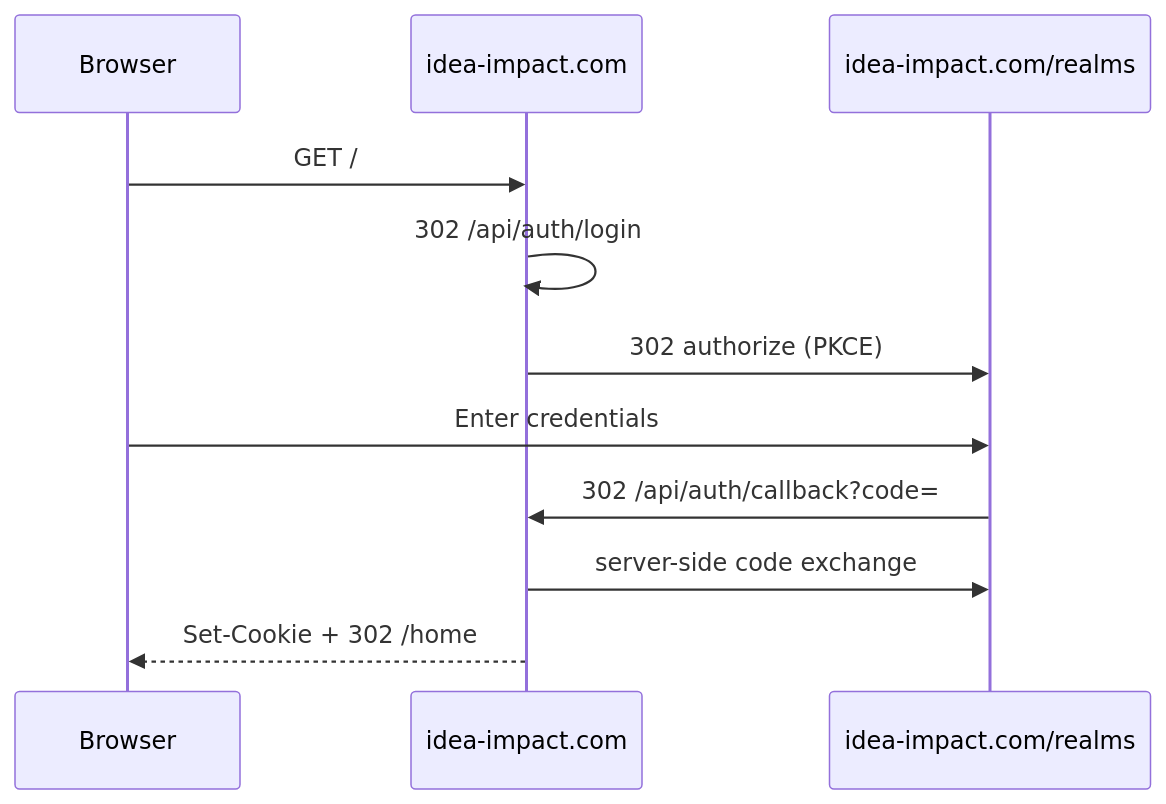
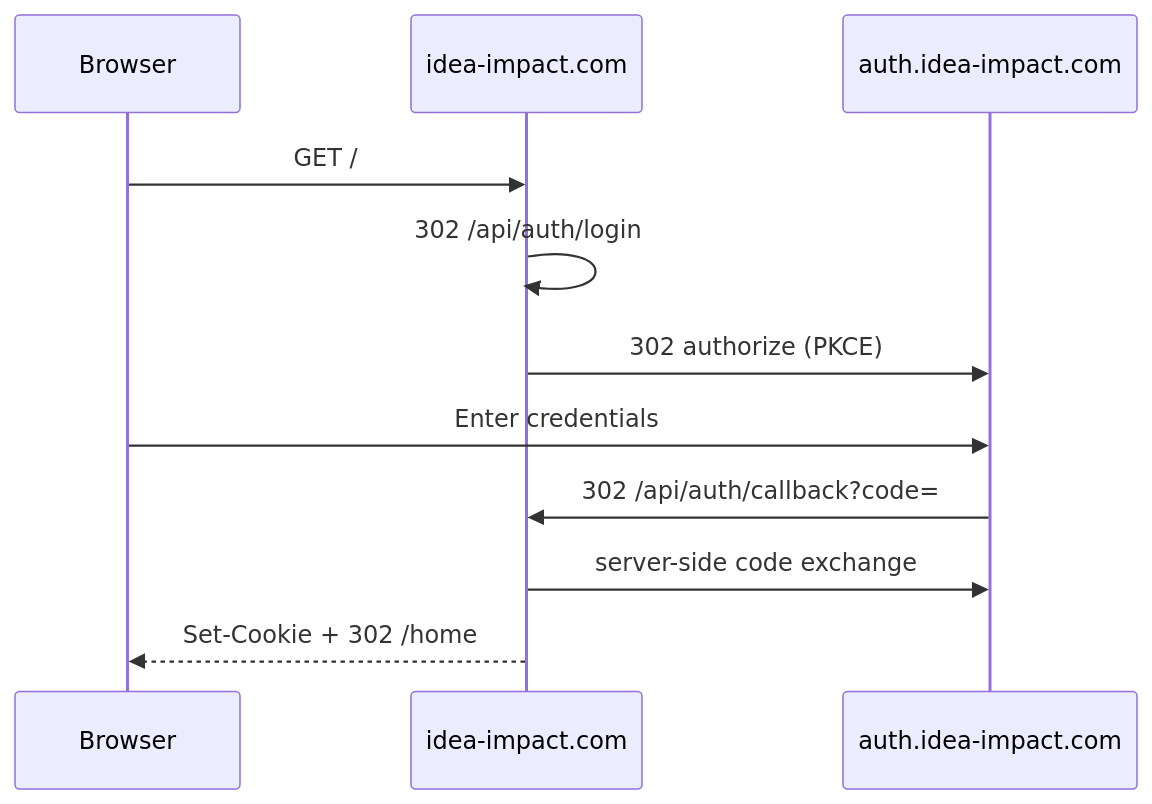
Before and after one commit to Boro-Tech-Dev/agx: the diagram in docs/auth-keycloak.md, drawn with Mermaid. The commit also changed other lines of this file and 6 other files, not shown here.

````diff
--- a/docs/auth-keycloak.md
+++ b/docs/auth-keycloak.md
@@ -38,13 +40,13 @@
 ```mermaid
 sequenceDiagram
   participant Browser
   participant Dashboard as idea-impact.com
-  participant KC as idea-impact.com/realms
+  participant KC as auth.idea-impact.com
   Browser->>Dashboard: GET /
   Dashboard->>Dashboard: 302 /api/auth/login
   Dashboard->>KC: 302 authorize (PKCE)
   Browser->>KC: Enter credentials
   KC->>Dashboard: 302 /api/auth/callback?code=
   Dashboard->>KC: server-side code exchange
   Dashboard-->>Browser: Set-Cookie + 302 /home
 ```
````
